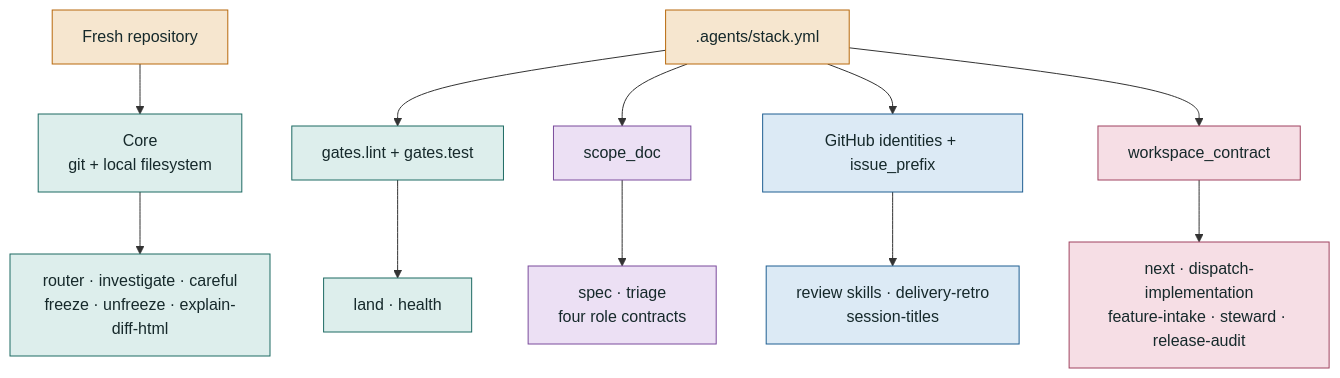
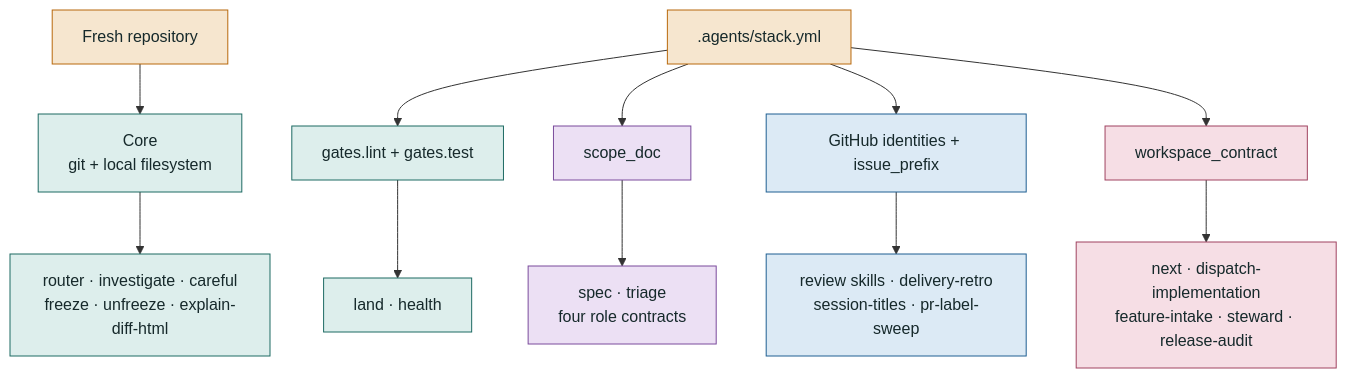
The third of 5 diagrams in docs/skill-map.md (khalilouardini/kstack), drawn with Mermaid before and after one commit. The commit also changed other lines of this file and 7 other files, not shown here.

First line of the commit message:
feat(pr-label-sweep): add rule-backed labels to open PRs

````diff
--- a/docs/skill-map.md
+++ b/docs/skill-map.md
@@ -105,25 +106,25 @@
 ```mermaid
 flowchart TB
     fresh["Fresh repository"] --> core["Core<br/>git + local filesystem"]
     config[".agents/stack.yml"] --> gates["gates.lint + gates.test"]
     config --> scope["scope_doc"]
     config --> identities["GitHub identities + issue_prefix"]
     config --> workspace["workspace_contract"]
 
     core --> coreSkills["router · investigate · careful<br/>freeze · unfreeze · explain-diff-html"]
     gates --> gatedCore["land · health"]
     scope --> roleSkills["spec · triage<br/>four role contracts"]
-    identities --> githubSkills["review skills · delivery-retro<br/>session-titles"]
+    identities --> githubSkills["review skills · delivery-retro<br/>session-titles · pr-label-sweep"]
     workspace --> linearSkills["next · dispatch-implementation<br/>feature-intake · steward · release-audit"]
 
     classDef source fill:#f6e6cf,stroke:#b8690c,color:#16292b
     classDef coreStyle fill:#ddeeec,stroke:#1d6a63,color:#16292b
     classDef rolesStyle fill:#ece0f4,stroke:#7a4b9c,color:#16292b
     classDef githubStyle fill:#dceaf5,stroke:#1f5f92,color:#16292b
     classDef linearStyle fill:#f6dee5,stroke:#a04360,color:#16292b
     class fresh,config source
     class core,gates,coreSkills,gatedCore coreStyle
     class scope,roleSkills rolesStyle
     class identities,githubSkills githubStyle
     class workspace,linearSkills linearStyle
 ```
````
